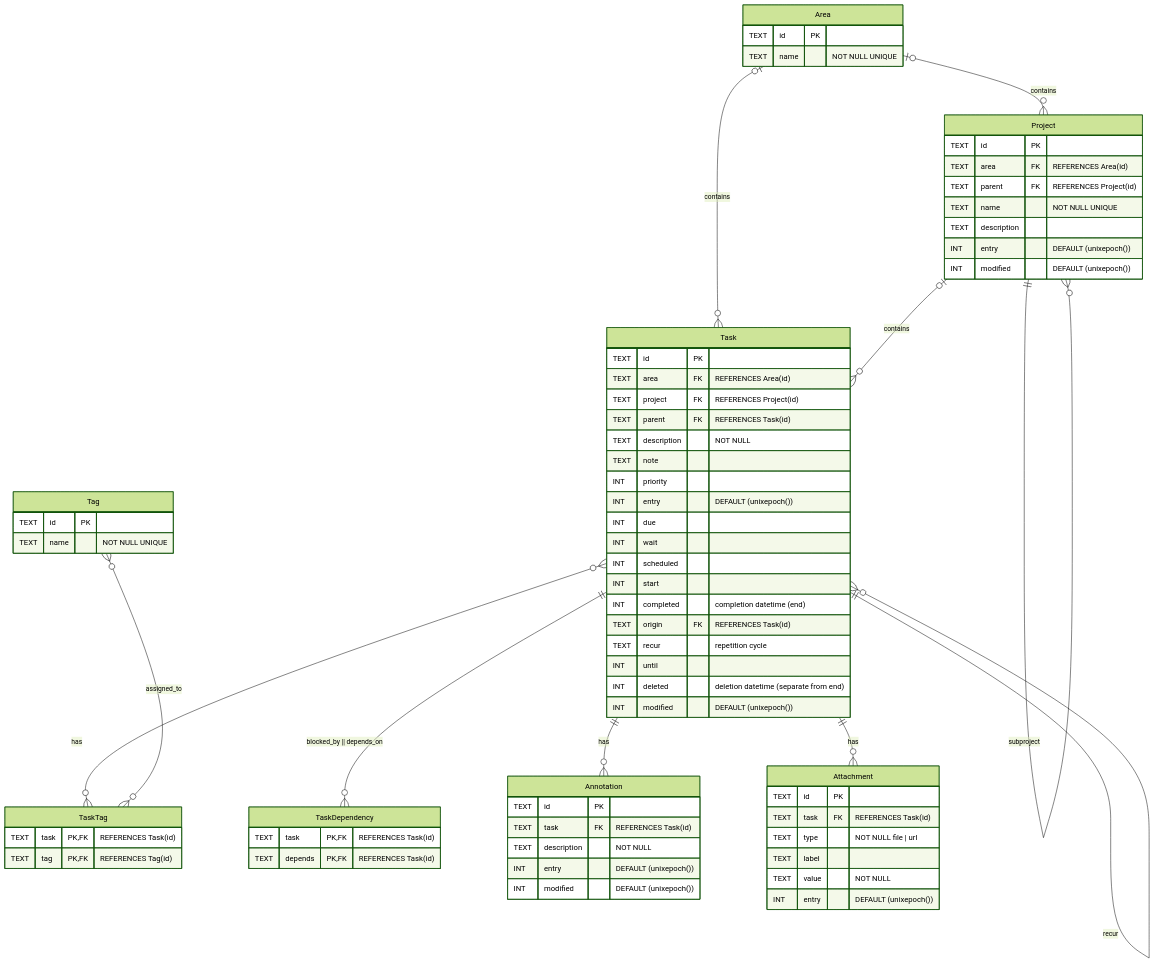
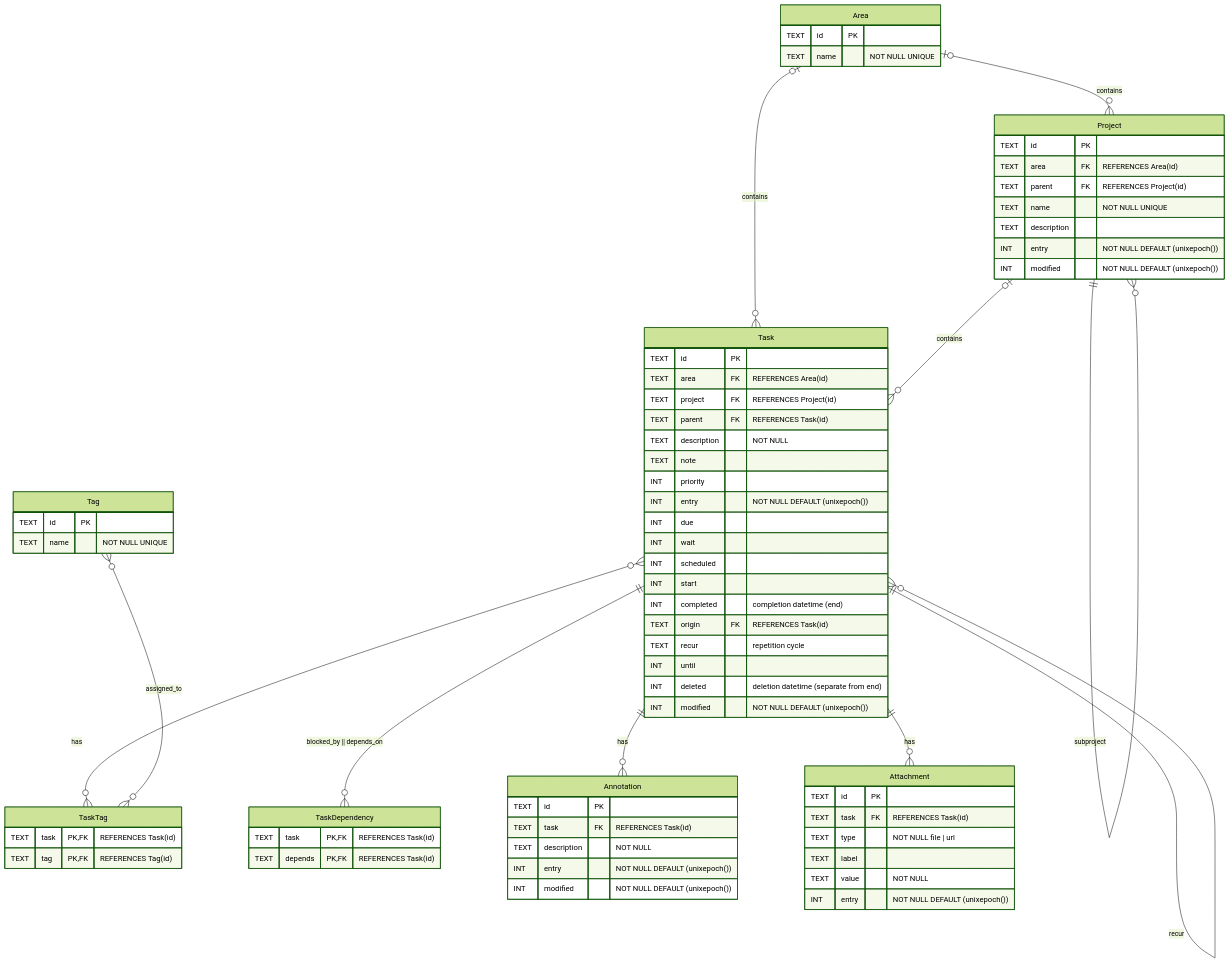
The diagram in docs/er.md (rvnkcode/dawn), drawn with Mermaid (forest theme) before and after one commit. The commit also changed 2 other files, not shown here.

Commit message:
fix: `NOT NULL` to `entry` and `modify` column
refs: #2

````diff
--- a/docs/er.md
+++ b/docs/er.md
@@ -5,81 +5,81 @@
 ```mermaid
 erDiagram
   Area |o--o{ Project : contains
   Area |o--o{ Task : contains
   Area {
     TEXT id PK
     TEXT name "NOT NULL UNIQUE"
   }
 
   Project |o--o{ Task : contains
   Project ||--o{ Project : subproject
   Project {
     TEXT id PK
     TEXT area FK "REFERENCES Area(id)"
     TEXT parent FK "REFERENCES Project(id)"
     TEXT name "NOT NULL UNIQUE"
     TEXT description
-    INT entry "DEFAULT (unixepoch())"
-    INT modified "DEFAULT (unixepoch())"
+    INT entry "NOT NULL DEFAULT (unixepoch())"
+    INT modified "NOT NULL DEFAULT (unixepoch())"
   }
 
   Task }o--o{ TaskTag : has
   Task ||--o{ Task : subtask
   Task ||--o{ Task : recur
   Task ||--o{ TaskDependency : "blocked_by || depends_on"
   Task ||--o{ Annotation : has
   Task ||--o{ Attachment : has
   Task {
     TEXT id PK
     TEXT area FK "REFERENCES Area(id)"
     TEXT project FK "REFERENCES Project(id)"
     TEXT parent FK "REFERENCES Task(id)"
     TEXT description "NOT NULL"
     TEXT note
     INT priority
-    INT entry "DEFAULT (unixepoch())"
+    INT entry "NOT NULL DEFAULT (unixepoch())"
     INT due
     INT wait
     INT scheduled
     INT start
     INT completed "completion datetime (end)"
     TEXT origin FK "REFERENCES Task(id)"
     TEXT recur "repetition cycle"
     INT until
     INT deleted "deletion datetime (separate from end)"
-    INT modified "DEFAULT (unixepoch())"
+    INT modified "NOT NULL DEFAULT (unixepoch())"
   }
 
   Tag }o--o{ TaskTag : assigned_to
   Tag {
     TEXT id PK
     TEXT name "NOT NULL UNIQUE"
   }
 
   TaskTag {
     TEXT task PK,FK "REFERENCES Task(id)"
     TEXT tag PK,FK "REFERENCES Tag(id)"
   }
 
   TaskDependency {
     TEXT task PK,FK "REFERENCES Task(id)"
     TEXT depends PK,FK "REFERENCES Task(id)"
   }
 
   Annotation {
     TEXT id PK
     TEXT task FK "REFERENCES Task(id)"
     TEXT description "NOT NULL"
-    INT entry "DEFAULT (unixepoch())"
-    INT modified "DEFAULT (unixepoch())"
+    INT entry "NOT NULL DEFAULT (unixepoch())"
+    INT modified "NOT NULL DEFAULT (unixepoch())"
   }
 
   Attachment {
     TEXT id PK
     TEXT task FK "REFERENCES Task(id)"
     TEXT type "NOT NULL file | url"
     TEXT label
     TEXT value "NOT NULL"
-    INT entry "DEFAULT (unixepoch())"
+    INT entry "NOT NULL DEFAULT (unixepoch())"
   }
 ```
````
